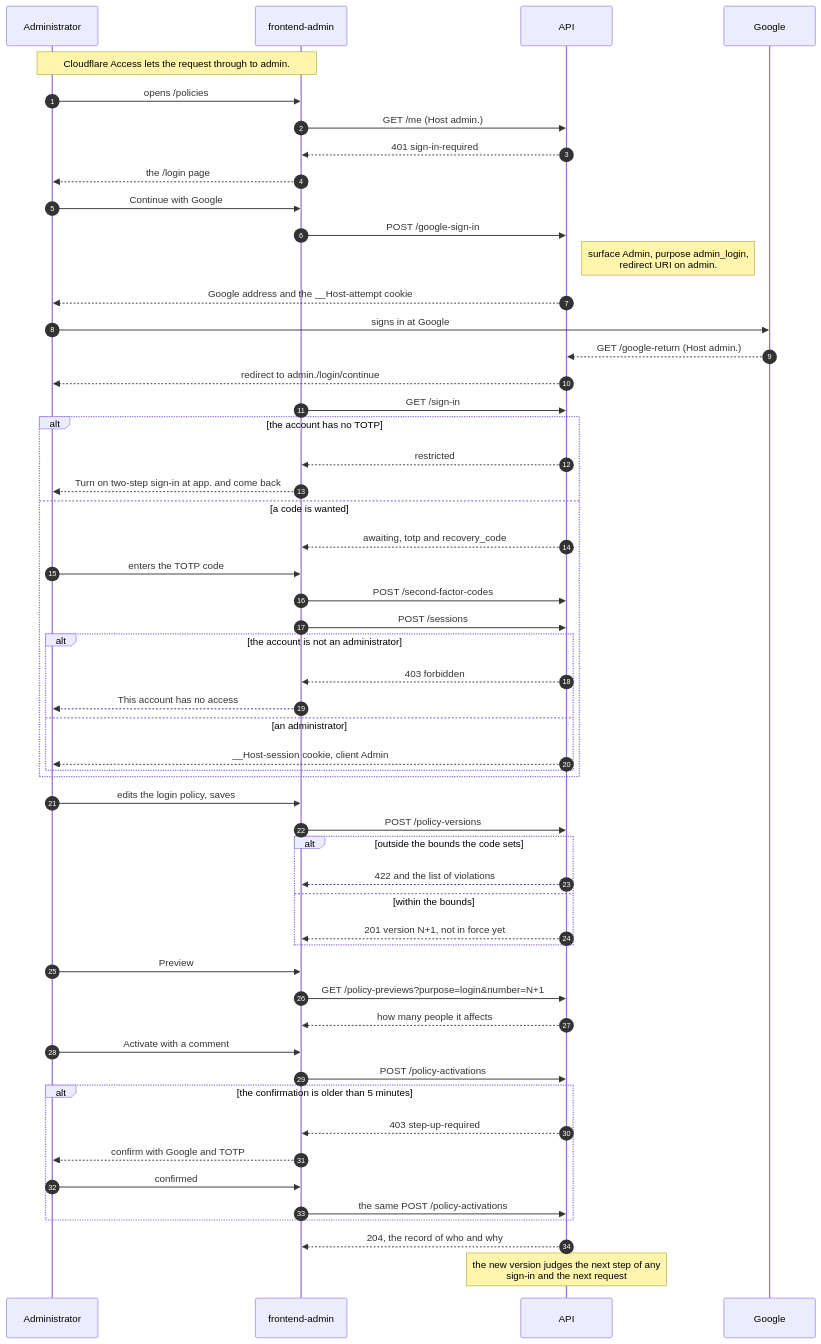
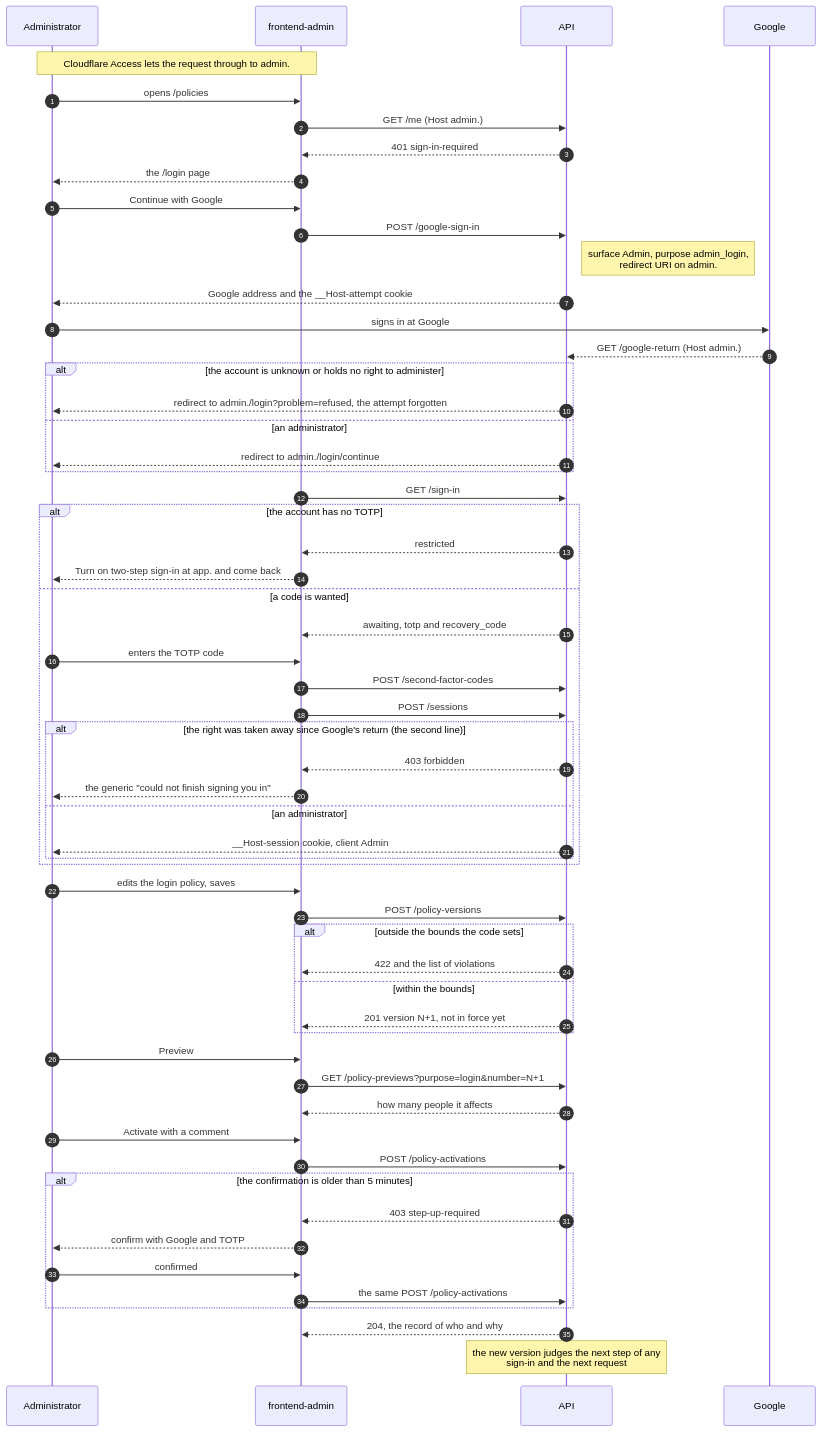
The first of 3 diagrams in docs/backend/07-authentication-slice-7-admin.md (yuriisurzhykov/Tallyvane), drawn with Mermaid before and after one commit. The commit also changed other lines of this file and 9 other files, not shown here.

````diff
--- a/docs/backend/07-authentication-slice-7-admin.md
+++ b/docs/backend/07-authentication-slice-7-admin.md
@@ -58,56 +58,60 @@
 ```mermaid
 sequenceDiagram
     autonumber
     participant A as Administrator
     participant F as frontend-admin
     participant K as API
     participant G as Google
     Note over A,F: Cloudflare Access lets the request through to admin.
     A->>F: opens /policies
     F->>K: GET /me (Host admin.)
     K-->>F: 401 sign-in-required
     F-->>A: the /login page
     A->>F: Continue with Google
     F->>K: POST /google-sign-in
     Note right of K: surface Admin, purpose admin_login,<br/>redirect URI on admin.
     K-->>A: Google address and the __Host-attempt cookie
     A->>G: signs in at Google
     G-->>K: GET /google-return (Host admin.)
-    K-->>A: redirect to admin./login/continue
+    alt the account is unknown or holds no right to administer
+        K-->>A: redirect to admin./login?problem=refused, the attempt forgotten
+    else an administrator
+        K-->>A: redirect to admin./login/continue
+    end
     F->>K: GET /sign-in
     alt the account has no TOTP
         K-->>F: restricted
         F-->>A: Turn on two-step sign-in at app. and come back
     else a code is wanted
         K-->>F: awaiting, totp and recovery_code
         A->>F: enters the TOTP code
         F->>K: POST /second-factor-codes
         F->>K: POST /sessions
-        alt the account is not an administrator
+        alt the right was taken away since Google's return (the second line)
             K-->>F: 403 forbidden
-            F-->>A: This account has no access
+            F-->>A: the generic "could not finish signing you in"
         else an administrator
             K-->>A: __Host-session cookie, client Admin
         end
     end
     A->>F: edits the login policy, saves
     F->>K: POST /policy-versions
     alt outside the bounds the code sets
         K-->>F: 422 and the list of violations
     else within the bounds
         K-->>F: 201 version N+1, not in force yet
     end
     A->>F: Preview
     F->>K: GET /policy-previews?purpose=login&number=N+1
     K-->>F: how many people it affects
     A->>F: Activate with a comment
     F->>K: POST /policy-activations
     alt the confirmation is older than 5 minutes
         K-->>F: 403 step-up-required
         F-->>A: confirm with Google and TOTP
         A->>F: confirmed
         F->>K: the same POST /policy-activations
     end
     K-->>F: 204, the record of who and why
     Note over K: the new version judges the next step of any<br/>sign-in and the next request
 ```
````
